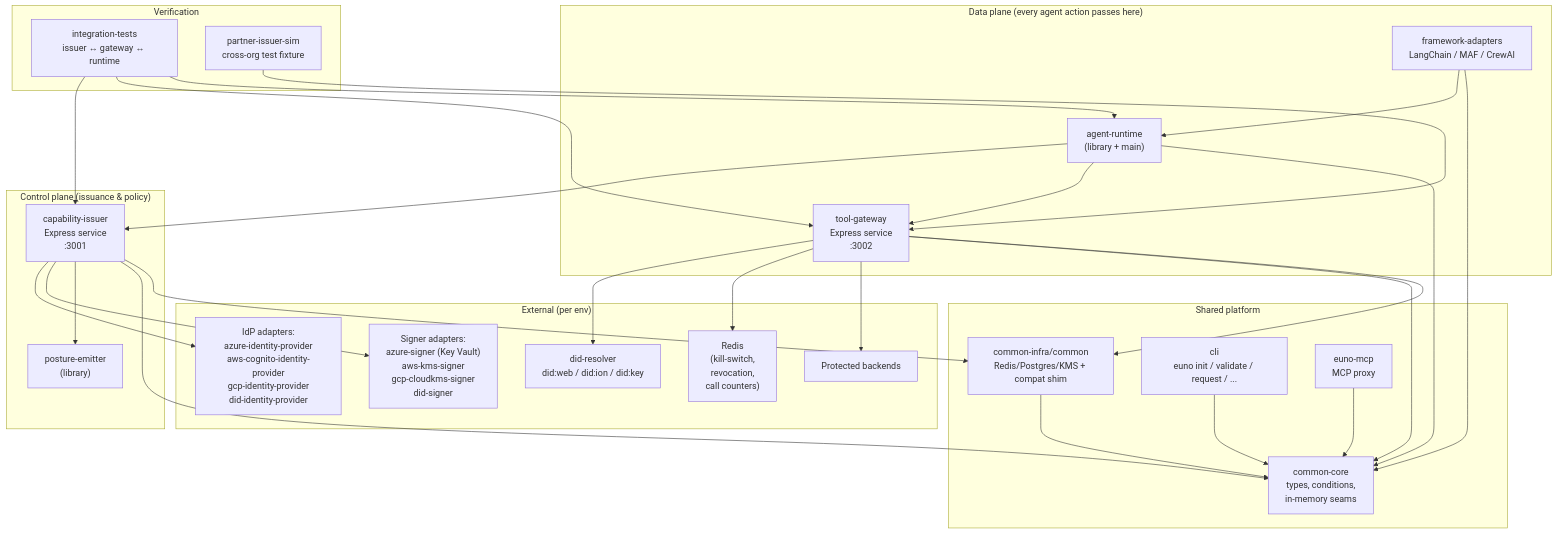
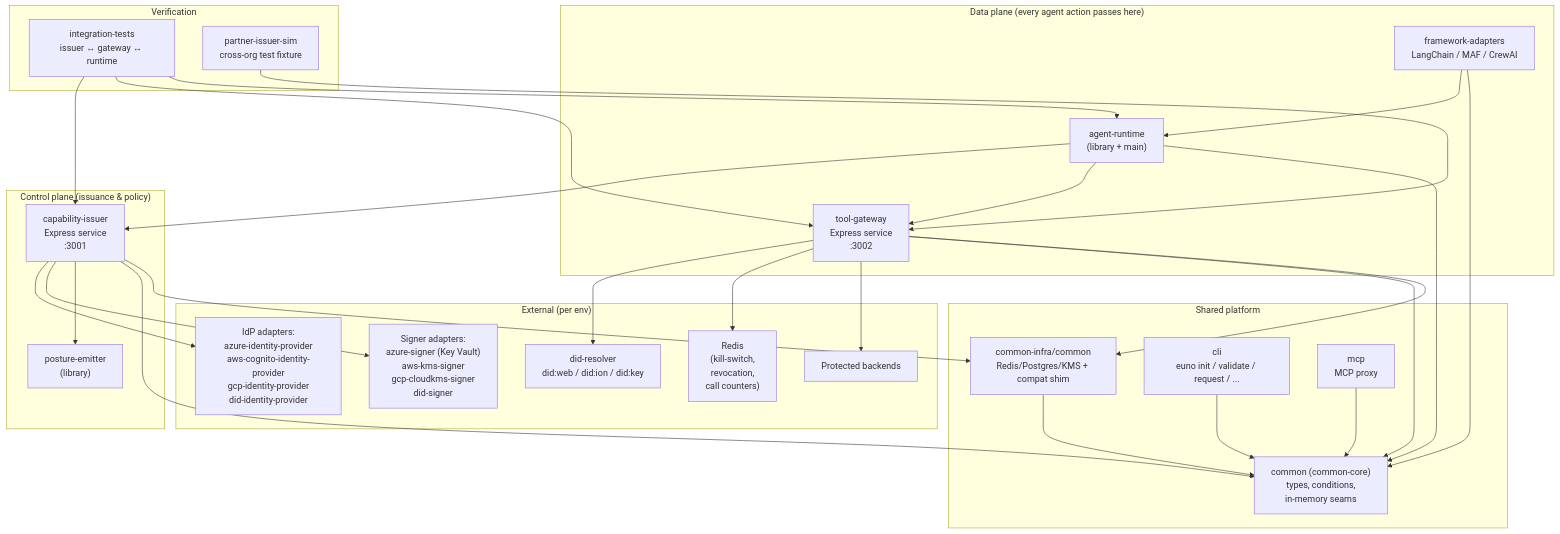
The second of 14 diagrams in docs/ARCHITECTURE.md (eunolabs/eunox), drawn with Mermaid before and after one commit. The commit also changed other lines of this file and 109 other files, not shown here.

First line of the commit message:
rename: euno-mcp→public, common-core→common, euno-mcp/pkg→mcp; update all refs and docs (#132)

````diff
--- a/docs/ARCHITECTURE.md
+++ b/docs/ARCHITECTURE.md
@@ -86,56 +86,56 @@
 ```mermaid
 flowchart TB
     subgraph ControlPlane["Control plane (issuance & policy)"]
         Issuer["capability-issuer<br/>Express service<br/>:3001"]
         PostureEmitter["posture-emitter<br/>(library)"]
     end
 
     subgraph DataPlane["Data plane (every agent action passes here)"]
         Gateway["tool-gateway<br/>Express service<br/>:3002"]
         Runtime["agent-runtime<br/>(library + main)"]
         Adapters["framework-adapters<br/>LangChain / MAF / CrewAI"]
     end
 
     subgraph Shared["Shared platform"]
-        CommonCore["common-core<br/>types, conditions,<br/>in-memory seams"]
+        CommonCore["common (common-core)<br/>types, conditions,<br/>in-memory seams"]
         CommonInfra["common-infra/common<br/>Redis/Postgres/KMS + compat shim"]
         CLI["cli<br/>euno init / validate / request / ..."]
-        MCP["euno-mcp<br/>MCP proxy"]
+        MCP["mcp<br/>MCP proxy"]
     end
 
     subgraph External["External (per env)"]
         IdP["IdP adapters:<br/>azure-identity-provider<br/>aws-cognito-identity-provider<br/>gcp-identity-provider<br/>did-identity-provider"]
         Signer["Signer adapters:<br/>azure-signer (Key Vault)<br/>aws-kms-signer<br/>gcp-cloudkms-signer<br/>did-signer"]
         Resolver["did-resolver<br/>did:web / did:ion / did:key"]
         Redis["Redis<br/>(kill-switch,<br/>revocation,<br/>call counters)"]
         Backend["Protected backends"]
     end
 
     subgraph Tests["Verification"]
         Integ["integration-tests<br/>issuer ↔ gateway ↔ runtime"]
         PartnerSim["partner-issuer-sim<br/>cross-org test fixture"]
     end
 
     Adapters --> Runtime
     Runtime --> Issuer
     Runtime --> Gateway
     Issuer --> IdP
     Issuer --> Signer
     Issuer --> PostureEmitter
     Gateway --> Resolver
     Gateway --> Redis
     Gateway --> Backend
     Issuer --> CommonCore
     Gateway --> CommonCore
     Runtime --> CommonCore
     Adapters --> CommonCore
     CLI --> CommonCore
     MCP --> CommonCore
     CommonInfra --> CommonCore
     Issuer --> CommonInfra
     Gateway --> CommonInfra
     Integ --> Issuer
     Integ --> Gateway
     Integ --> Runtime
     PartnerSim --> Gateway
 ```
````
